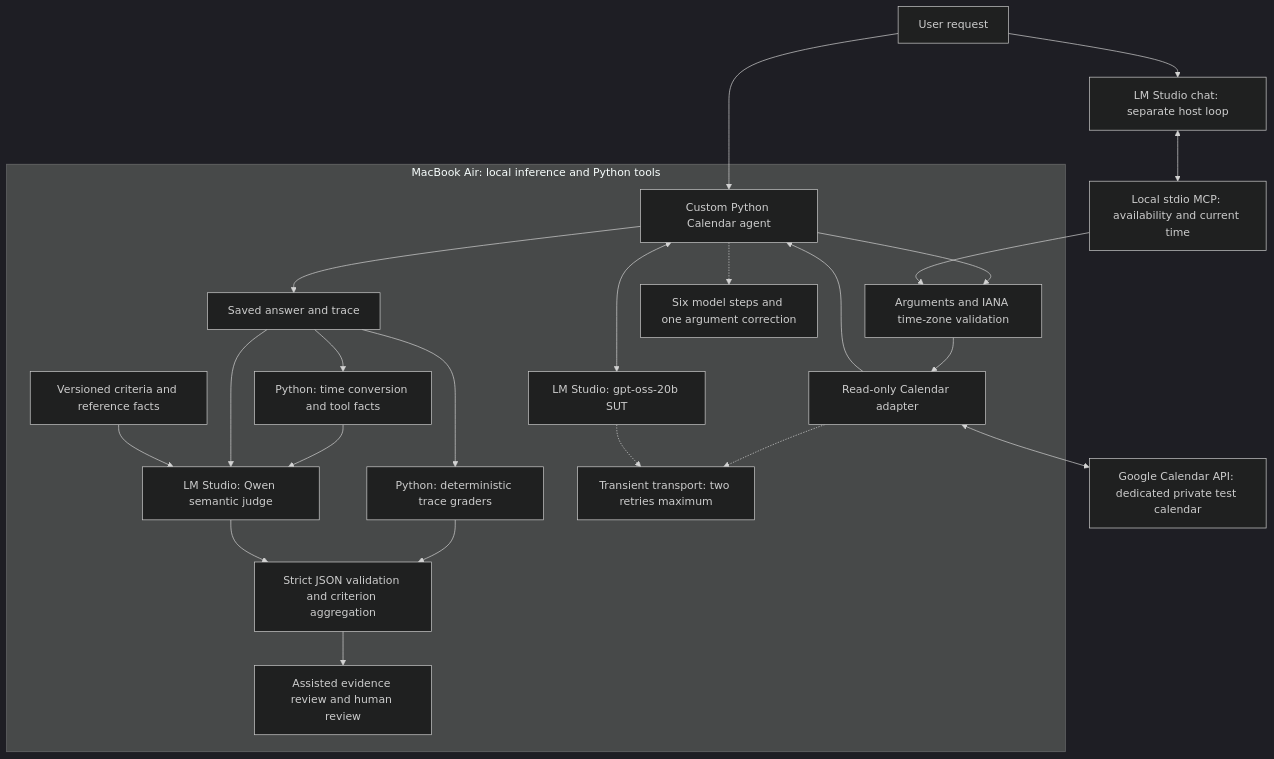
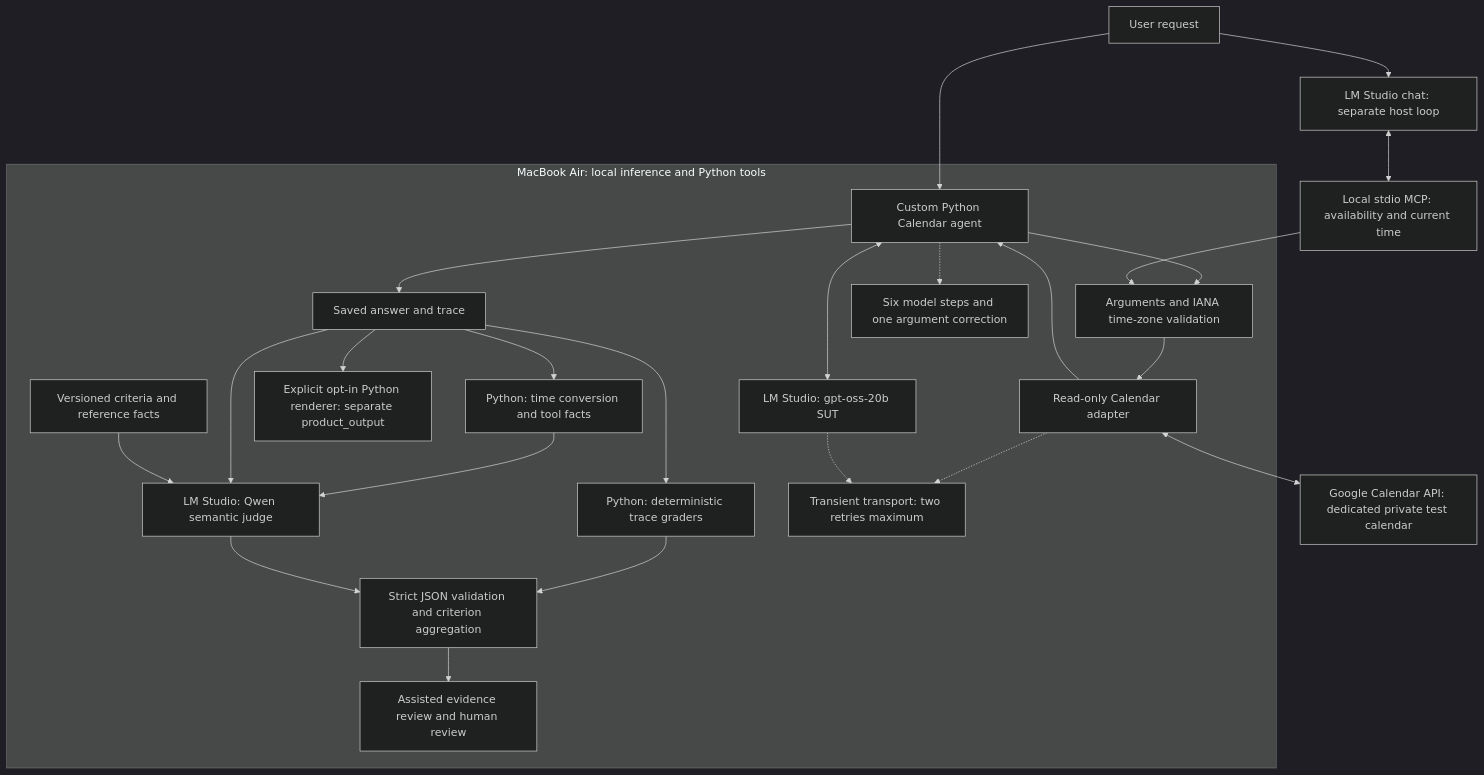
One commit to rachelwuw/agentic-ai-quality-harness changed the diagram in ARCHITECTURE.md. Above: the diagram before and after it, drawn with Mermaid (dark theme). The commit also changed other lines of this file and 7 other files, not shown here.

````diff
--- a/ARCHITECTURE.md
+++ b/ARCHITECTURE.md
@@ -7,26 +11,27 @@
 ```mermaid
 flowchart TD
     User[User request] --> Agent[Custom Python Calendar agent]
     subgraph Mac[MacBook Air: local inference and Python tools]
         Agent <--> SUT[LM Studio: gpt-oss-20b SUT]
         Agent --> Validate[Arguments and IANA time-zone validation]
         Validate --> Read[Read-only Calendar adapter]
         Read --> Agent
         Agent --> Trace[Saved answer and trace]
+        Trace --> Product[Explicit opt-in Python renderer: separate product_output]
         Trace --> Facts[Python: time conversion and tool facts]
         Facts --> Judge[LM Studio: Qwen semantic judge]
         Trace --> Judge
         Trace --> Rules[Python: deterministic trace graders]
         Rules --> Scores
         Rubric[Versioned criteria and reference facts] --> Judge
         Judge --> Scores[Strict JSON validation and criterion aggregation]
         Scores --> Review[Assisted evidence review and human review]
         Agent -.-> Limits[Six model steps and one argument correction]
         Read -.-> Retry[Transient transport: two retries maximum]
         SUT -.-> Retry
     end
     Read <--> Google[Google Calendar API: dedicated private test calendar]
     User --> Chat[LM Studio chat: separate host loop]
     Chat <--> MCP[Local stdio MCP: availability and current time]
     MCP --> Validate
 ```
````
